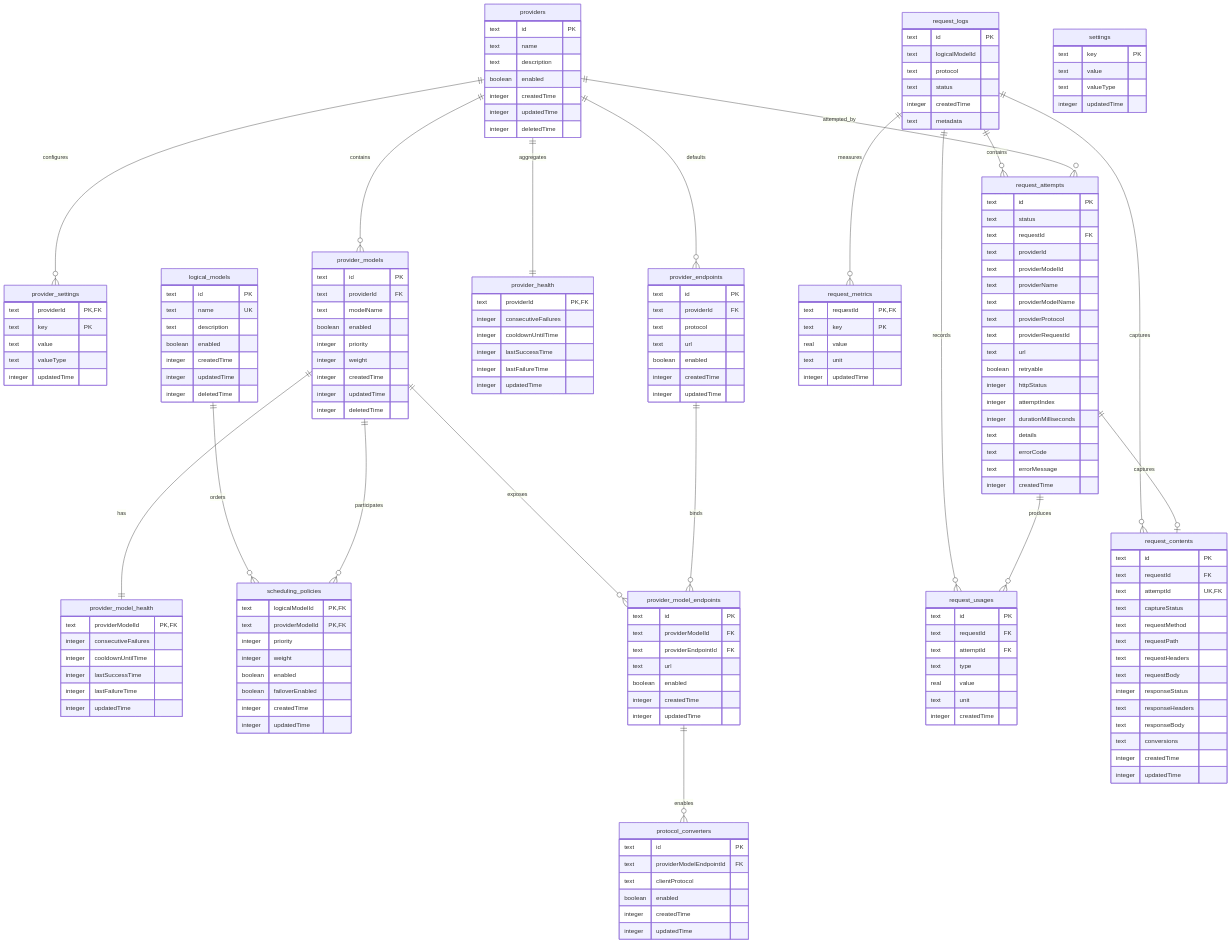
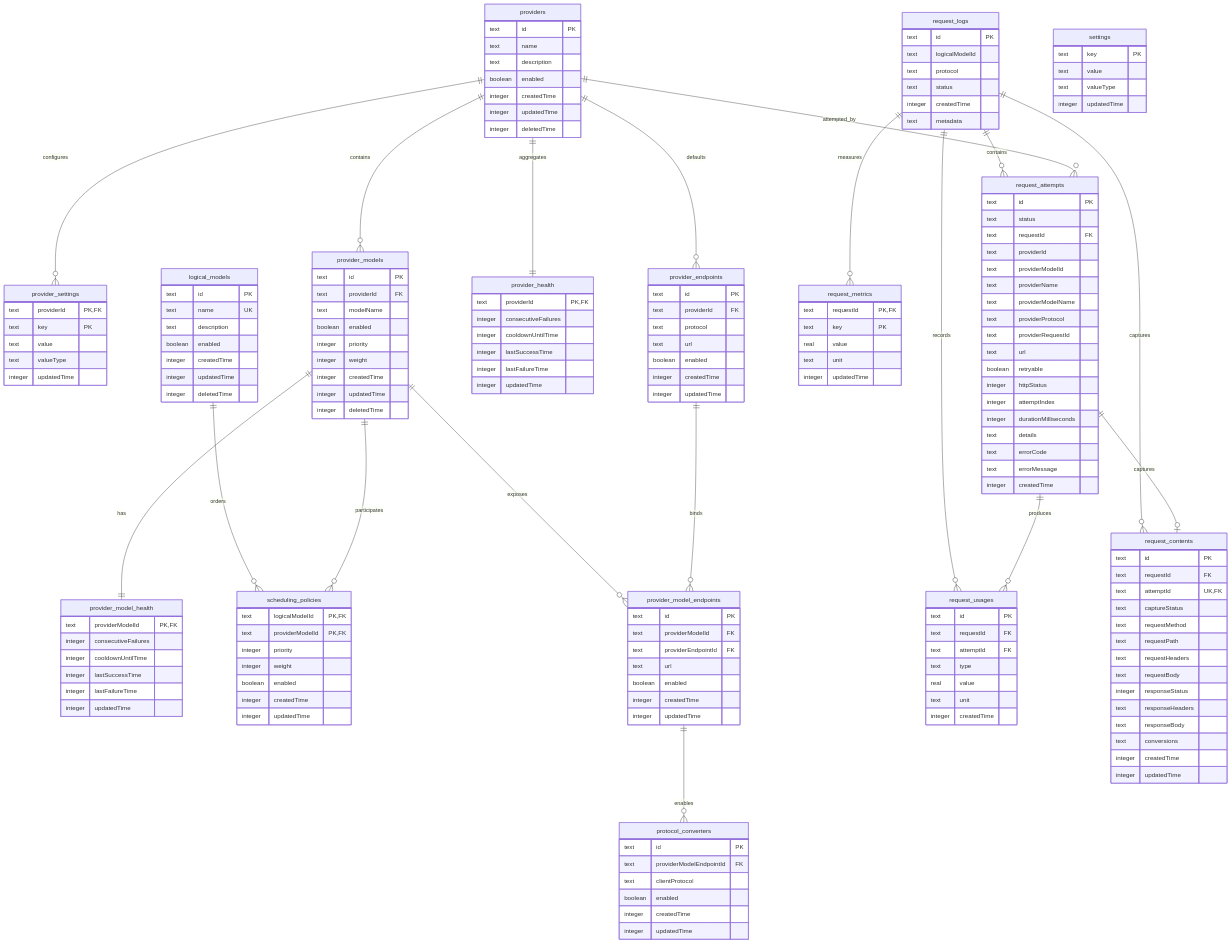
One commit to yinxulai/one-switch changed the diagram in specs/data-model.md. Above: the diagram before and after it, drawn with Mermaid. The commit also changed other lines of this file and 46 other files, not shown here.

```diff
--- a/specs/data-model.md
+++ b/specs/data-model.md
@@ -96,7 +96,6 @@
     integer priority
     integer weight
     boolean enabled
-    boolean failoverEnabled
     integer createdTime
     integer updatedTime
   }
```
